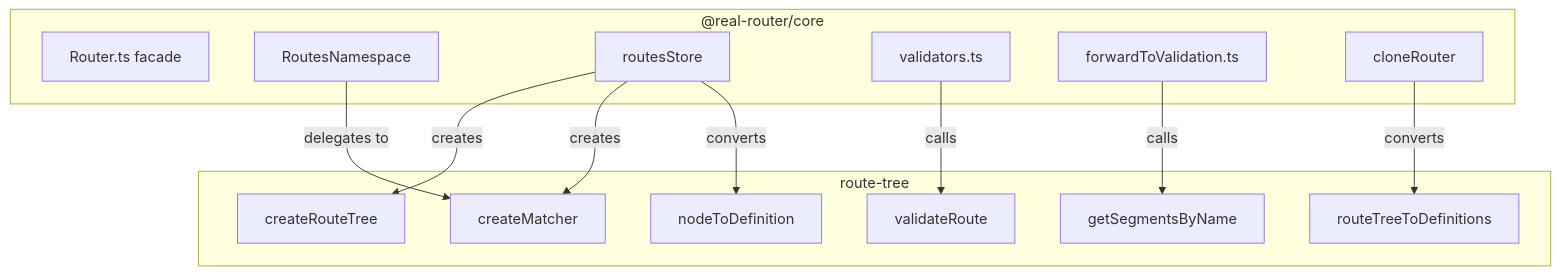
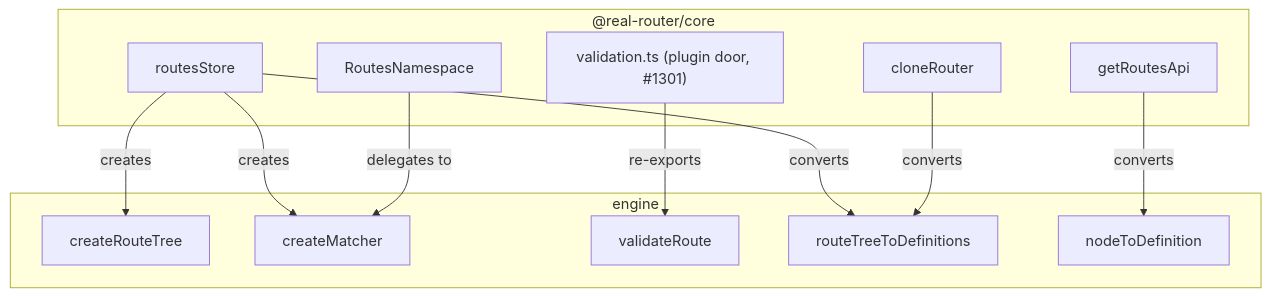
The third of 3 diagrams in packages/core/src/engine/ARCHITECTURE.md (greydragon888/real-router), drawn with Mermaid before and after one commit. The commit also changed other lines of this file and 11 other files, not shown here.

````diff
--- a/packages/core/src/engine/ARCHITECTURE.md
+++ b/packages/core/src/engine/ARCHITECTURE.md
@@ -321,28 +328,26 @@
 ```mermaid
 graph TD
     subgraph core ["@real-router/core"]
-        R[Router.ts facade]
         RN[RoutesNamespace]
         RS[routesStore]
-        V[validators.ts]
-        FV[forwardToValidation.ts]
+        VAL["validation.ts (plugin door, #1301)"]
+        GR[getRoutesApi]
         CR[cloneRouter]
     end
 
-    subgraph rt [route-tree]
+    subgraph rt [engine]
         CRT[createRouteTree]
         CM[createMatcher]
         VR[validateRoute]
-        GSN[getSegmentsByName]
         RTD[routeTreeToDefinitions]
         NTD[nodeToDefinition]
     end
 
     RS -->|creates| CRT
     RS -->|creates| CM
-    V -->|calls| VR
-    FV -->|calls| GSN
+    RS -->|converts| RTD
+    VAL -->|re-exports| VR
     RN -->|delegates to| CM
     CR -->|converts| RTD
-    RS -->|converts| NTD
+    GR -->|converts| NTD
 ```
````
